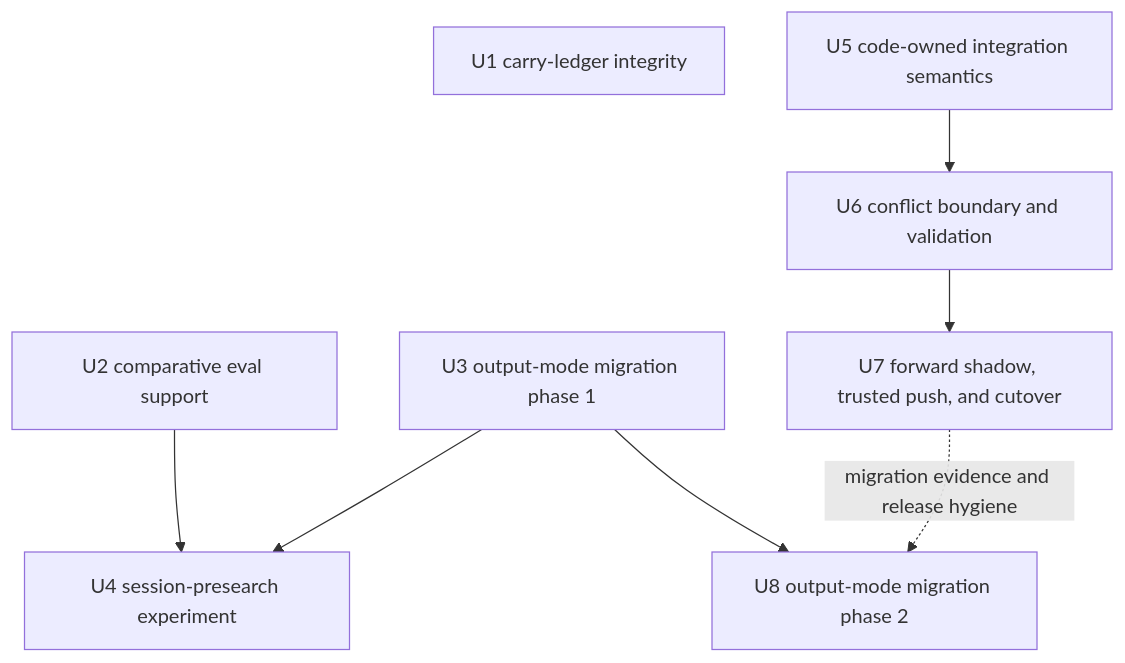
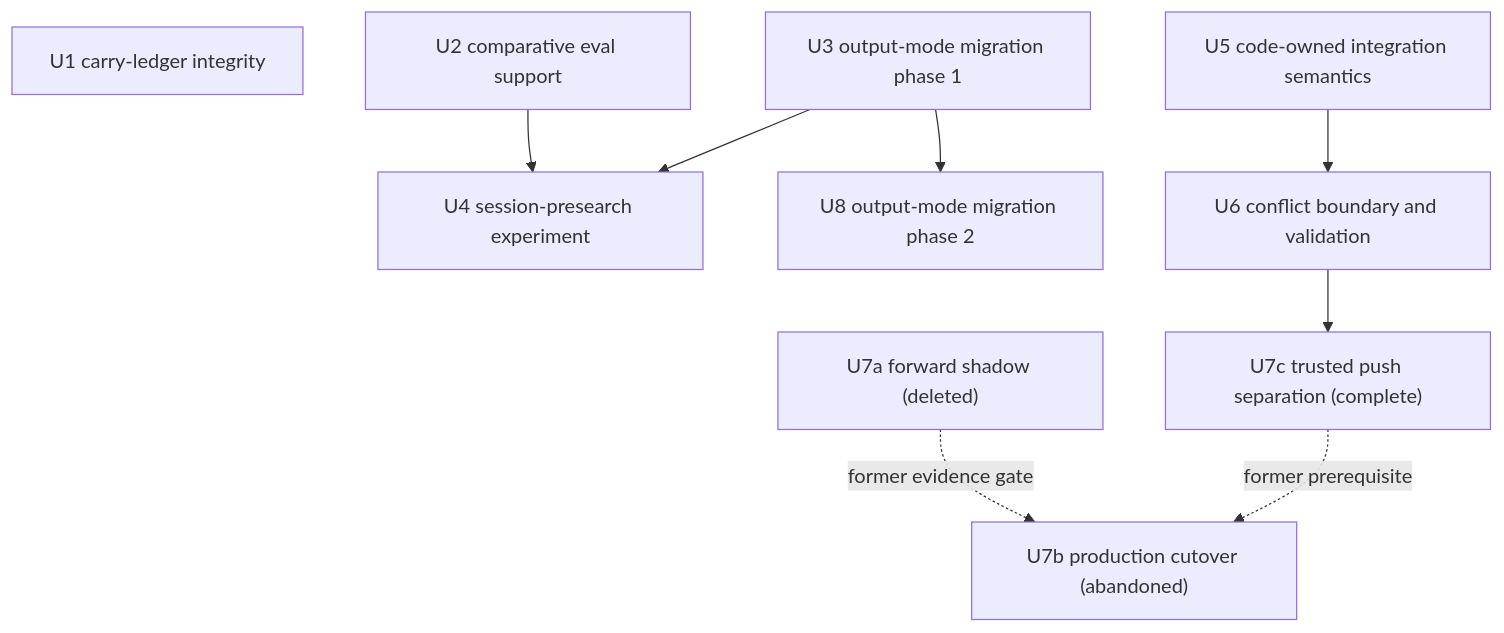
One commit to fro-bot/agent changed the second of 2 diagrams in docs/plans/2026-08-13-001-refactor-bitter-lesson-delta-flexibility-plan.md. Above: the diagram before and after it, drawn with Mermaid. The commit also changed other lines of this file, not shown here.

````diff
--- a/docs/plans/2026-08-13-001-refactor-bitter-lesson-delta-flexibility-plan.md
+++ b/docs/plans/2026-08-13-001-refactor-bitter-lesson-delta-flexibility-plan.md
@@ -238,18 +239,21 @@
 ```mermaid
 flowchart TB
   U1[U1 carry-ledger integrity]
   U2[U2 comparative eval support]
   U3[U3 output-mode migration phase 1]
   U4[U4 session-presearch experiment]
   U5[U5 code-owned integration semantics]
   U6[U6 conflict boundary and validation]
-  U7[U7 forward shadow, trusted push, and cutover]
+  U7a["U7a forward shadow (deleted)"]
+  U7b["U7b production cutover (abandoned)"]
+  U7c["U7c trusted push separation (complete)"]
   U8[U8 output-mode migration phase 2]
 
   U2 --> U4
   U3 --> U4
   U5 --> U6
-  U6 --> U7
+  U6 --> U7c
   U3 --> U8
-  U7 -. migration evidence and release hygiene .-> U8
+  U7a -. former evidence gate .-> U7b
+  U7c -. former prerequisite .-> U7b
 ```
````
